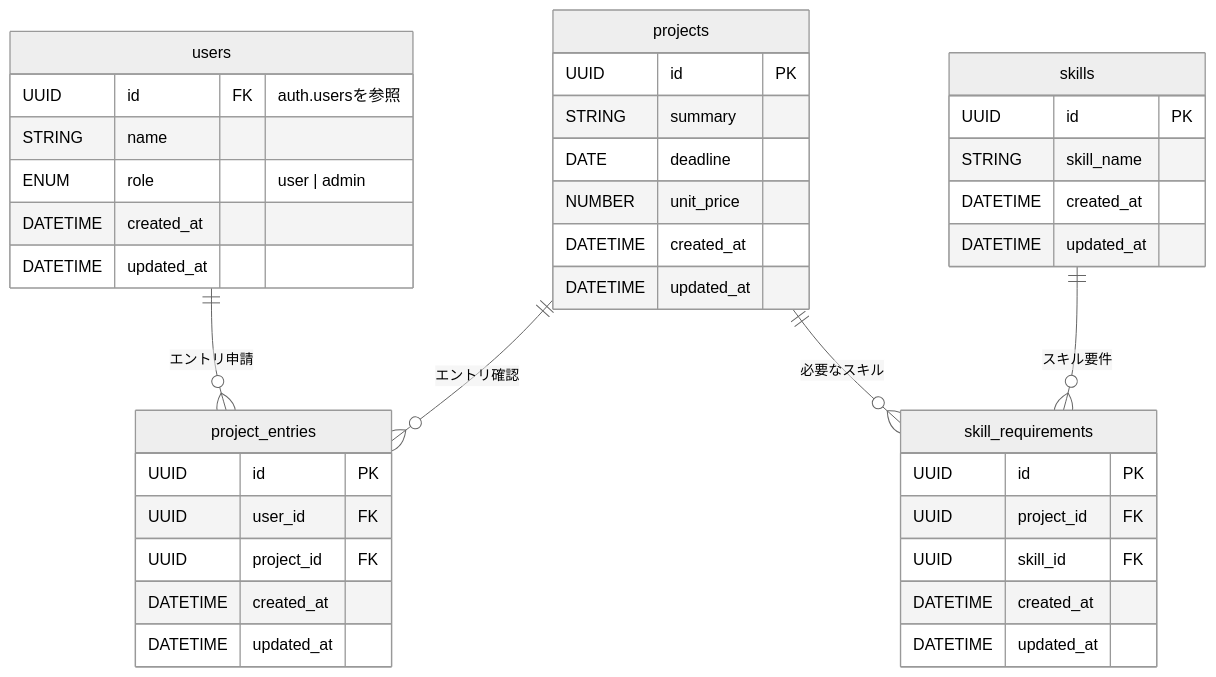
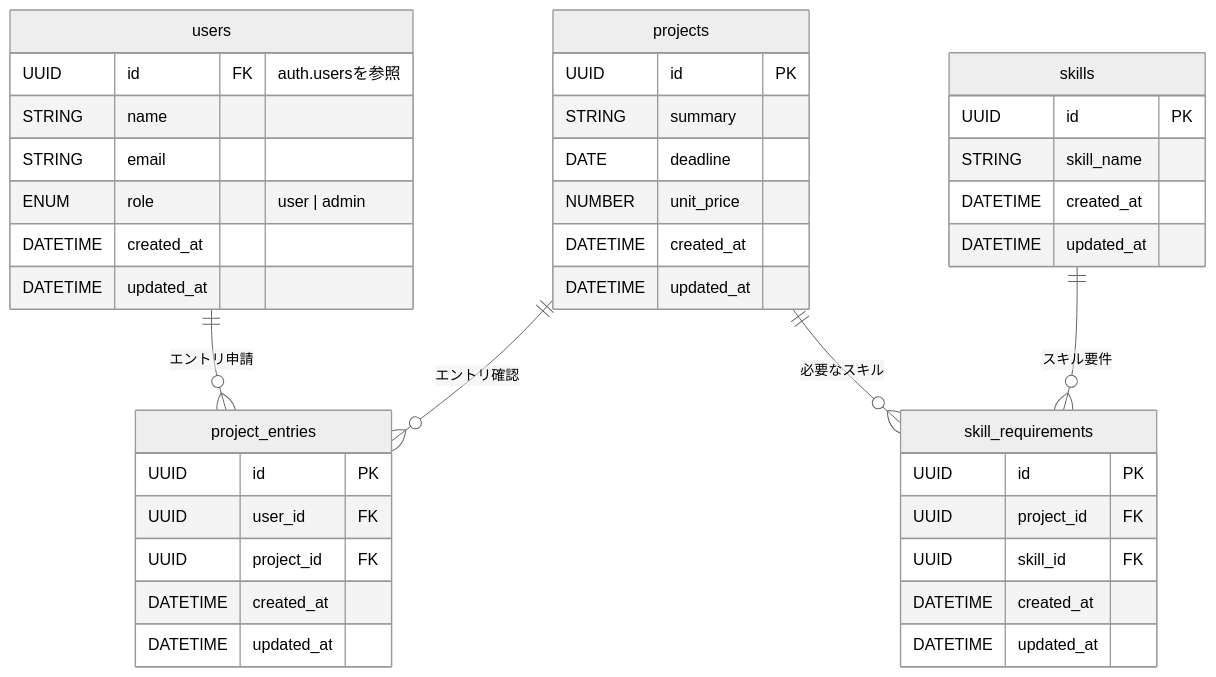
The diagram in README.md (hiroyuki20010323/jutaku-assignment_2), drawn with Mermaid (neutral theme) before and after one commit.

Commit message:
docs: usersテーブルにemailを追加して初期のprismaのスキーマに合わせた

````diff
--- a/README.md
+++ b/README.md
@@ -556,48 +556,49 @@
 ```mermaid
 erDiagram
     users {
       UUID id FK "auth.usersを参照"
       STRING name
+      STRING email
       ENUM role "user | admin"
       DATETIME created_at
       DATETIME updated_at
     }
 
     projects {
       UUID id PK
       STRING summary
       DATE deadline
       NUMBER unit_price
       DATETIME created_at
       DATETIME updated_at
     }
 
     project_entries {
       UUID id PK
       UUID user_id FK 
       UUID project_id FK 
       DATETIME created_at
       DATETIME updated_at
     }
 
     skills {
       UUID id PK
       STRING skill_name
       DATETIME created_at
       DATETIME updated_at
     }
 
     skill_requirements {
       UUID id PK
       UUID project_id FK 
       UUID skill_id FK 
       DATETIME created_at
       DATETIME updated_at
     }
 
     %% リレーションシップ
     users ||--o{ project_entries : "エントリ申請"
     projects ||--o{ project_entries : "エントリ確認"
     projects ||--o{ skill_requirements : "必要なスキル"
     skills ||--o{ skill_requirements : "スキル要件"
 ```
````
